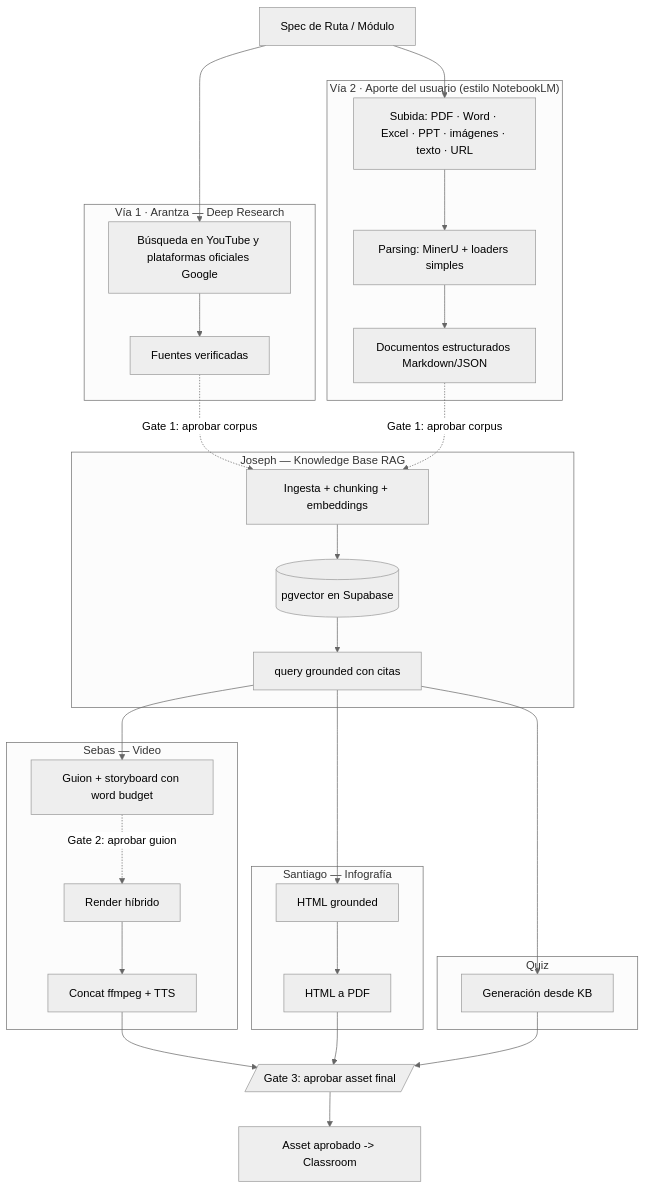
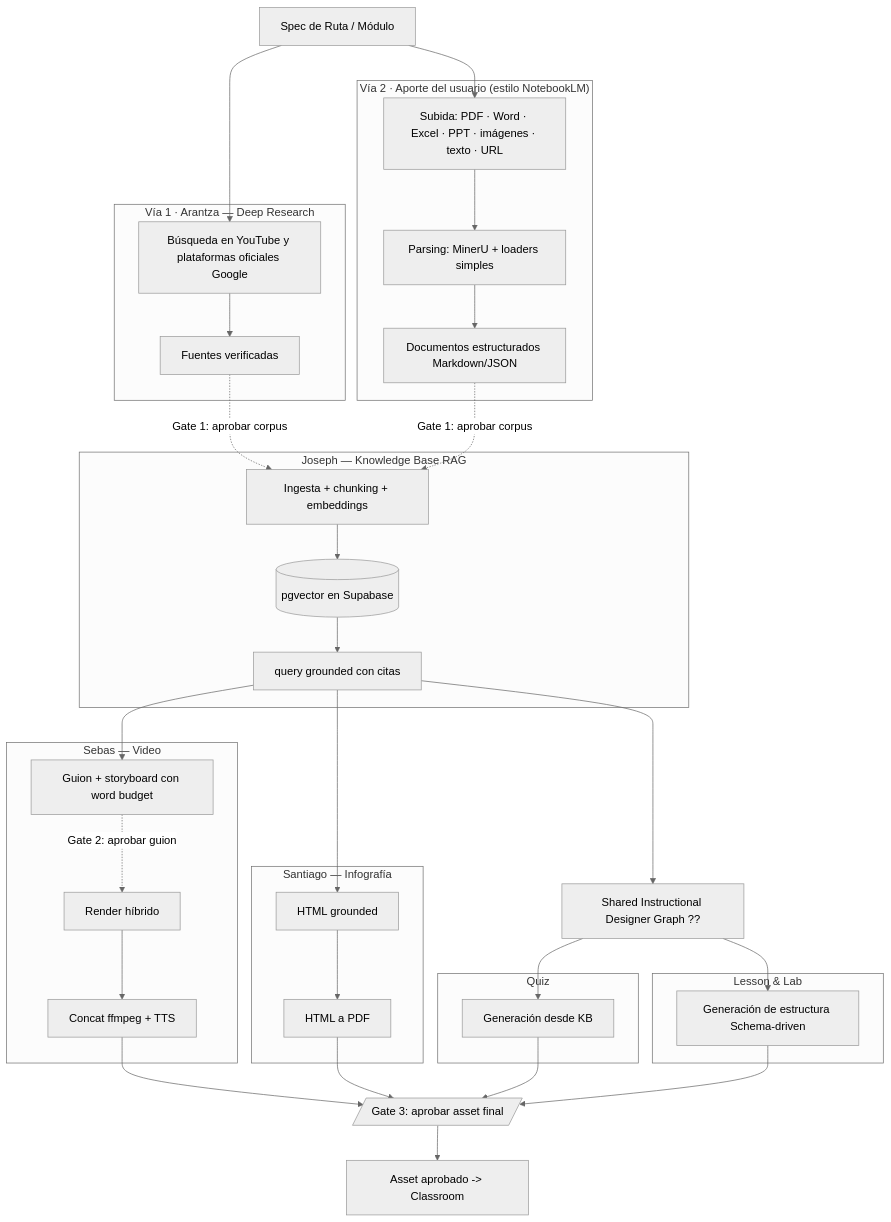
The second of 5 diagrams in Documents/xertica-education-arquitectura.md (JosephRobles23/Xertica-Education), drawn with Mermaid (neutral theme) before and after one commit. The commit also changed other lines of this file and 2 other files, not shown here.

Commit message:
feat: introduce schema-driven instructional design with new lesson/lab JSON templates and architectural documentation updates.

````diff
--- a/Documents/xertica-education-arquitectura.md
+++ b/Documents/xertica-education-arquitectura.md
@@ -107,44 +107,51 @@
 ```mermaid
 flowchart TD
     A[Spec de Ruta / Módulo] --> B
     A --> U
 
     subgraph Arantza["Vía 1 · Arantza — Deep Research"]
         B[Búsqueda en YouTube y plataformas oficiales Google] --> C[Fuentes verificadas]
     end
 
     subgraph Upload["Vía 2 · Aporte del usuario (estilo NotebookLM)"]
         U[Subida: PDF · Word · Excel · PPT · imágenes · texto · URL] --> P[Parsing: MinerU + loaders simples]
         P --> C2[Documentos estructurados Markdown/JSON]
     end
 
     C -.->|Gate 1: aprobar corpus| D
     C2 -.->|Gate 1: aprobar corpus| D
 
     subgraph Joseph["Joseph — Knowledge Base RAG"]
         D[Ingesta + chunking + embeddings] --> E[(pgvector en Supabase)]
         E --> F[query grounded con citas]
     end
 
-    F --> G
-    F --> H
-    F --> I
+    F --> G[Sebas — Video]
+    F --> H[Santiago — Infografía]
+    F --> ID[Shared Instructional Designer Graph ??]
+    ID --> I[Quiz]
+    ID --> L[Lesson & Lab]
 
     subgraph Sebas["Sebas — Video"]
         G[Guion + storyboard con word budget] -.->|Gate 2: aprobar guion| G2[Render híbrido]
         G2 --> G3[Concat ffmpeg + TTS]
     end
 
     subgraph Santiago["Santiago — Infografía"]
         H[HTML grounded] --> H2[HTML a PDF]
     end
 
     subgraph Quiz["Quiz"]
         I[Generación desde KB]
     end
 
+    subgraph LessonLab["Lesson & Lab"]
+        L[Generación de estructura Schema-driven]
+    end
+
     G3 --> Z
     H2 --> Z
     I --> Z
+    L --> Z
     Z[/Gate 3: aprobar asset final/] --> ZZ[Asset aprobado -> Classroom]
 ```
````
